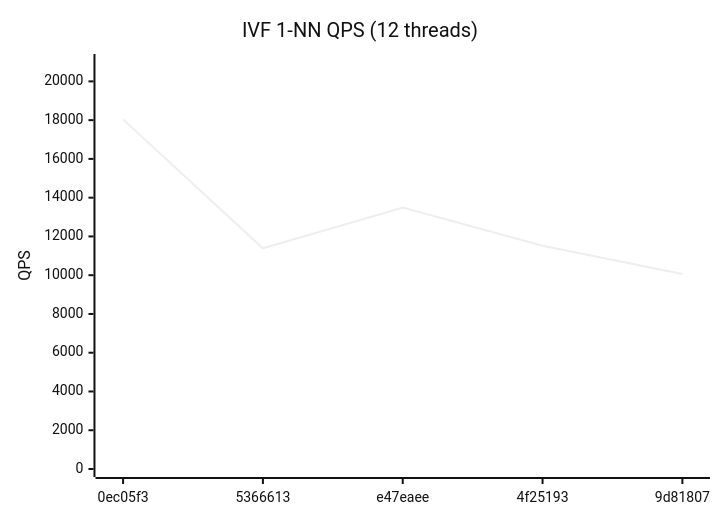
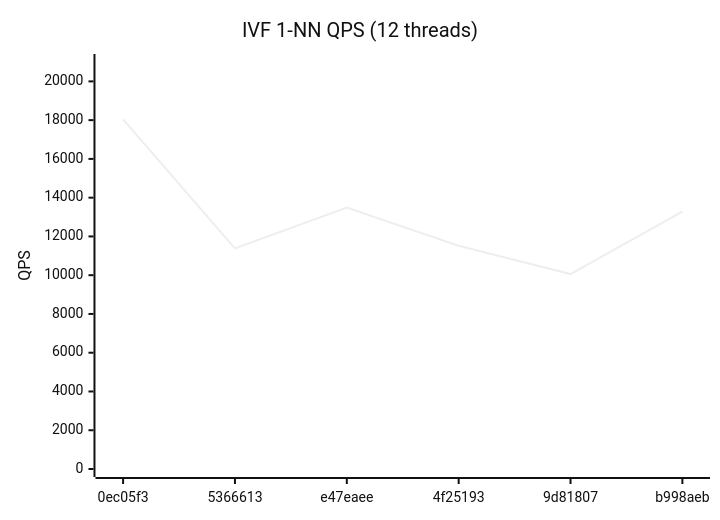
One commit to bibidhSubedi0/RedBoxDb changed the fourth of 4 diagrams in benchmarks/REPORT.md. Above: the diagram before and after it, drawn with Mermaid (neutral theme). The commit also changed other lines of this file and 1 other file, not shown here.

Commit message:
bench: update performance report [b998aeb] [skip ci]

````diff
--- a/benchmarks/REPORT.md
+++ b/benchmarks/REPORT.md
@@ -49,7 +49,7 @@
 ```mermaid
 xychart-beta
   title "IVF 1-NN QPS (12 threads)"
-  x-axis ["0ec05f3", "5366613", "e47eaee", "4f25193", "9d81807"]
+  x-axis ["0ec05f3", "5366613", "e47eaee", "4f25193", "9d81807", "b998aeb"]
   y-axis "QPS" 0 --> 21000
-  line [18039, 11386, 13485, 11521, 10058]
+  line [18039, 11386, 13485, 11521, 10058, 13281]
 ```
````
